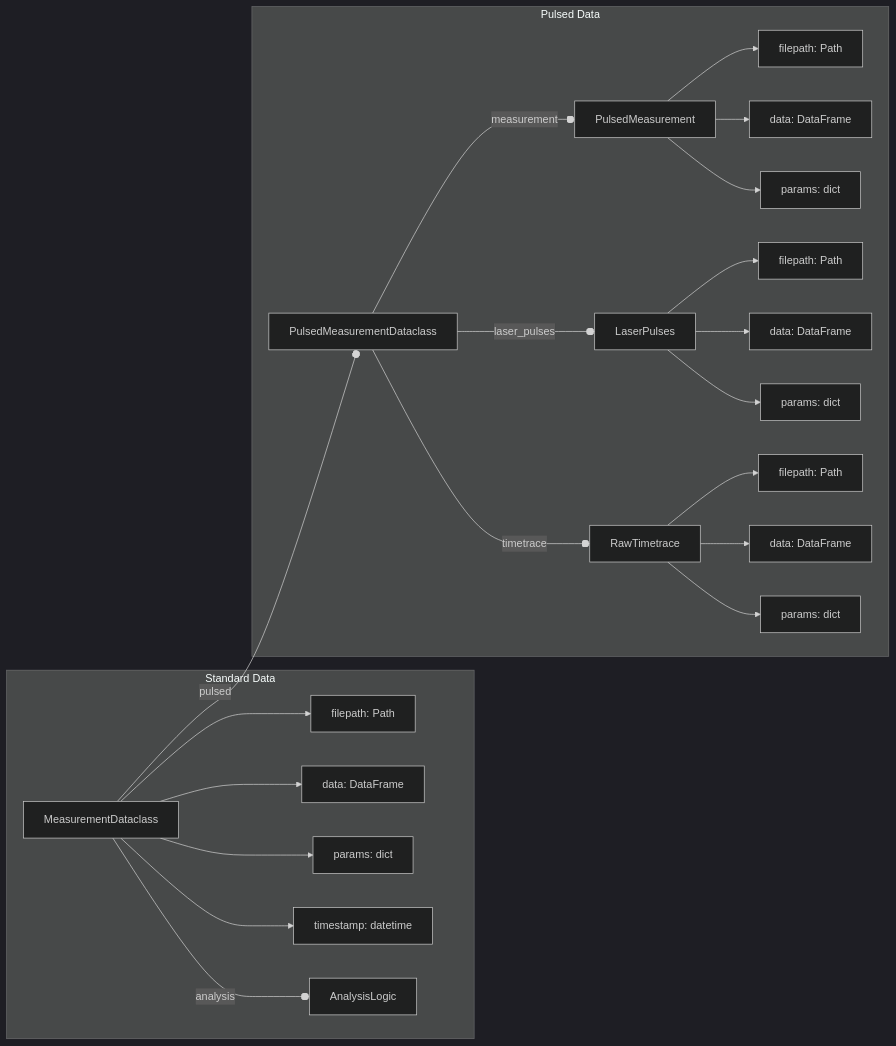
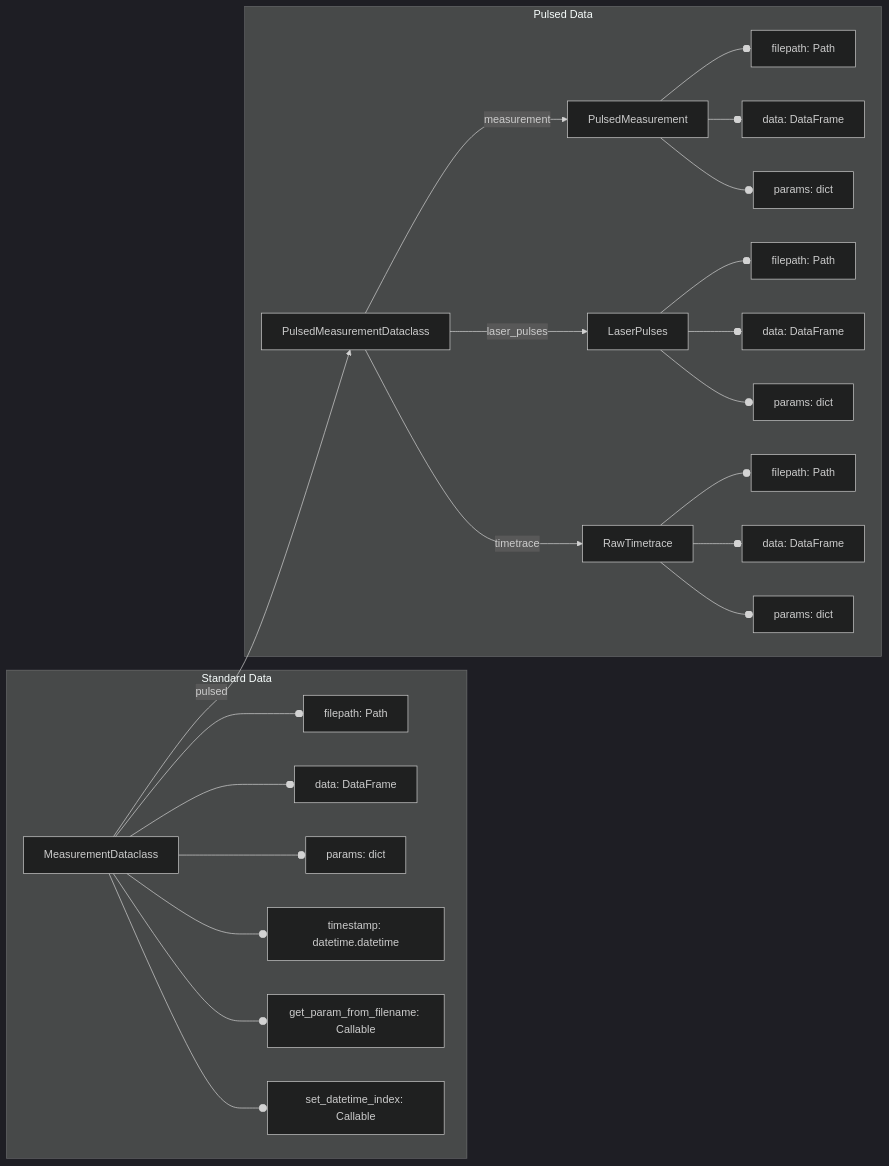
One commit to dineshpinto/qudi-hira-analysis changed the first of 2 diagrams in README.md. Above: the diagram before and after it, drawn with Mermaid (dark theme). The commit also changed other lines of this file and 2 other files, not shown here.

````diff
--- a/README.md
+++ b/README.md
@@ -60,25 +152,26 @@
 ```mermaid
-flowchart LR;
+flowchart LR
     subgraph Standard Data
-        MeasurementDataclass-->filepath1[filepath: Path];
-        MeasurementDataclass-->data1[data: DataFrame];
-        MeasurementDataclass-->params1[params: dict];
-        MeasurementDataclass-->timestamp1[timestamp: datetime];
-        MeasurementDataclass-- analysis --oAnalysisLogic;
+        MeasurementDataclass --o filepath1[filepath: Path];
+        MeasurementDataclass --o data1[data: DataFrame];
+        MeasurementDataclass --o params1[params: dict];
+        MeasurementDataclass --o timestamp1[timestamp: datetime.datetime];
+        MeasurementDataclass --o methods1[get_param_from_filename: Callable];
+        MeasurementDataclass --o methods2[set_datetime_index: Callable];
     end
     subgraph Pulsed Data
-        MeasurementDataclass-- pulsed --oPulsedMeasurementDataclass;
-        PulsedMeasurementDataclass-- measurement --oPulsedMeasurement;
-        PulsedMeasurement--> filepath2[filepath: Path];
-        PulsedMeasurement--> data2[data: DataFrame];
-        PulsedMeasurement--> params2[params: dict];
-        PulsedMeasurementDataclass-- laser_pulses --oLaserPulses; 
-        LaserPulses--> filepath3[filepath: Path];
-        LaserPulses--> data3[data: DataFrame];
-        LaserPulses--> params3[params: dict];
-        PulsedMeasurementDataclass-- timetrace --oRawTimetrace;
-        RawTimetrace--> filepath4[filepath: Path];
-        RawTimetrace--> data4[data: DataFrame];
-        RawTimetrace--> params4[params: dict];
+        MeasurementDataclass -- pulsed --> PulsedMeasurementDataclass;
+        PulsedMeasurementDataclass -- measurement --> PulsedMeasurement;
+        PulsedMeasurement --o filepath2[filepath: Path];
+        PulsedMeasurement --o data2[data: DataFrame];
+        PulsedMeasurement --o params2[params: dict];
+        PulsedMeasurementDataclass -- laser_pulses --> LaserPulses;
+        LaserPulses --o filepath3[filepath: Path];
+        LaserPulses --o data3[data: DataFrame];
+        LaserPulses --o params3[params: dict];
+        PulsedMeasurementDataclass -- timetrace --> RawTimetrace;
+        RawTimetrace --o filepath4[filepath: Path];
+        RawTimetrace --o data4[data: DataFrame];
+        RawTimetrace --o params4[params: dict];
     end
 ```
````
